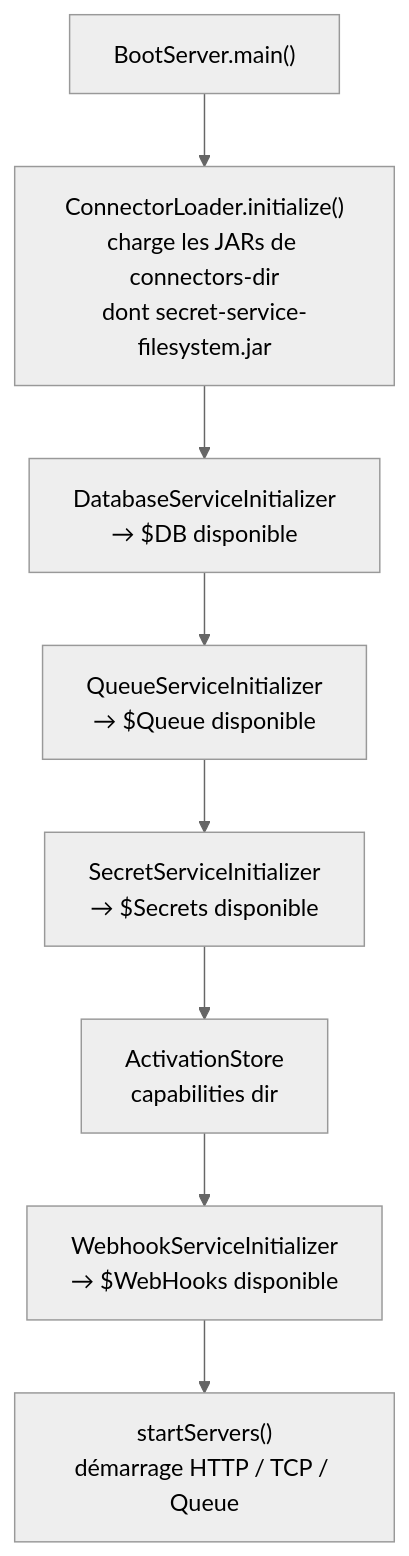
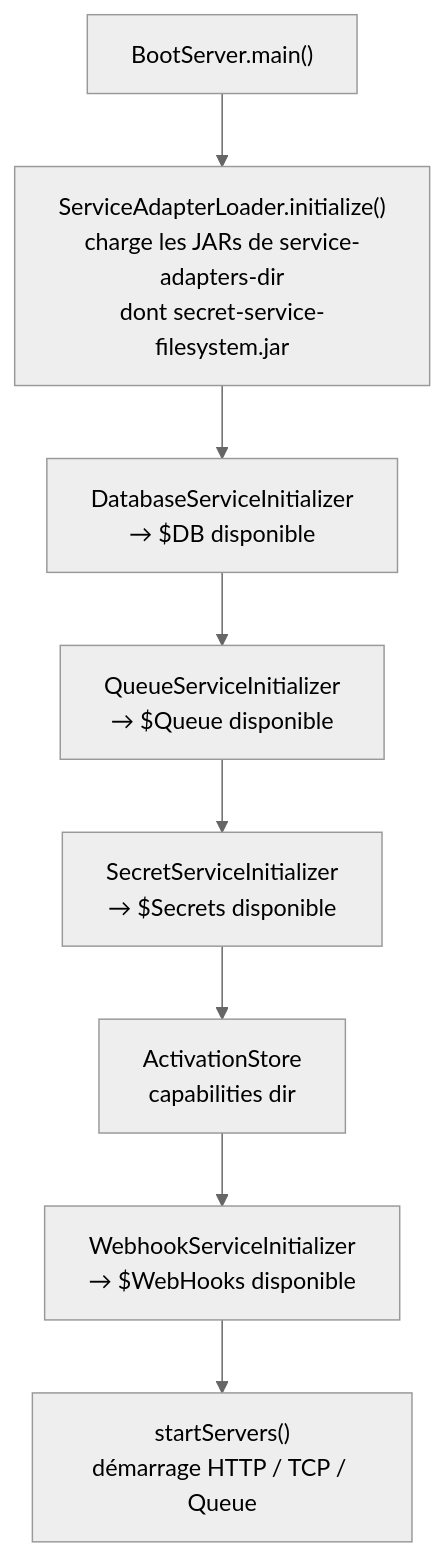
One commit to asebban/payos-docs changed the eighth of 13 diagrams in architecture/secret-provider-architecture.md. Above: the diagram before and after it, drawn with Mermaid (neutral theme). The commit also changed other lines of this file and 48 other files, not shown here.

````diff
--- a/architecture/secret-provider-architecture.md
+++ b/architecture/secret-provider-architecture.md
@@ -497,10 +497,10 @@
 ```mermaid
 flowchart TD
-    BOOT["BootServer.main()"] --> CL["ConnectorLoader.initialize()\ncharge les JARs de connectors-dir\ndont secret-service-filesystem.jar"]
+    BOOT["BootServer.main()"] --> CL["ServiceAdapterLoader.initialize()\ncharge les JARs de service-adapters-dir\ndont secret-service-filesystem.jar"]
     CL --> DB["DatabaseServiceInitializer\n→ $DB disponible"]
     DB --> QU["QueueServiceInitializer\n→ $Queue disponible"]
     QU --> SS["SecretServiceInitializer\n→ $Secrets disponible"]
     SS --> AC["ActivationStore\ncapabilities dir"]
     AC --> WH["WebhookServiceInitializer\n→ $WebHooks disponible"]
     WH --> SRV["startServers()\ndémarrage HTTP / TCP / Queue"]
 ```
````
